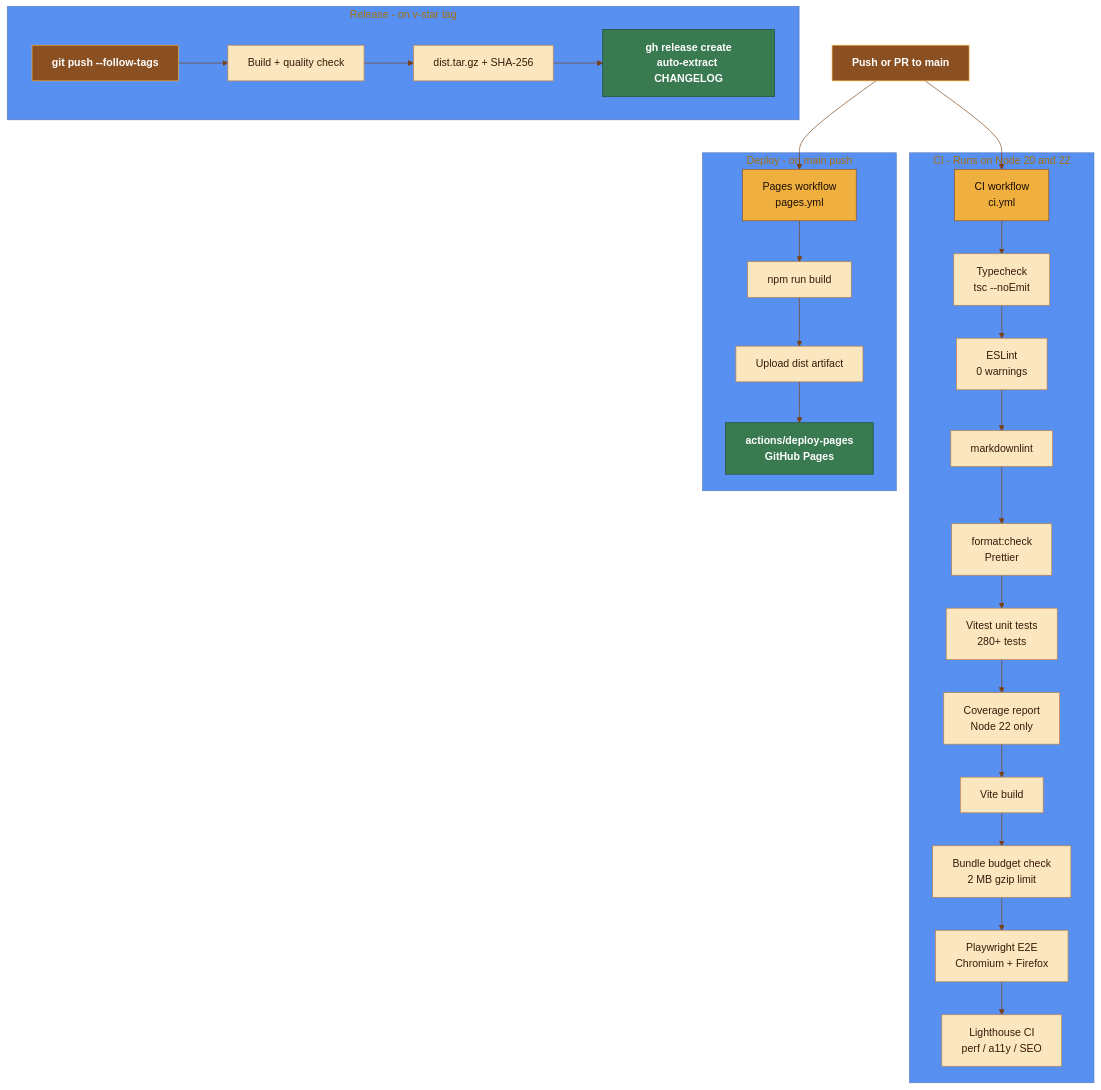
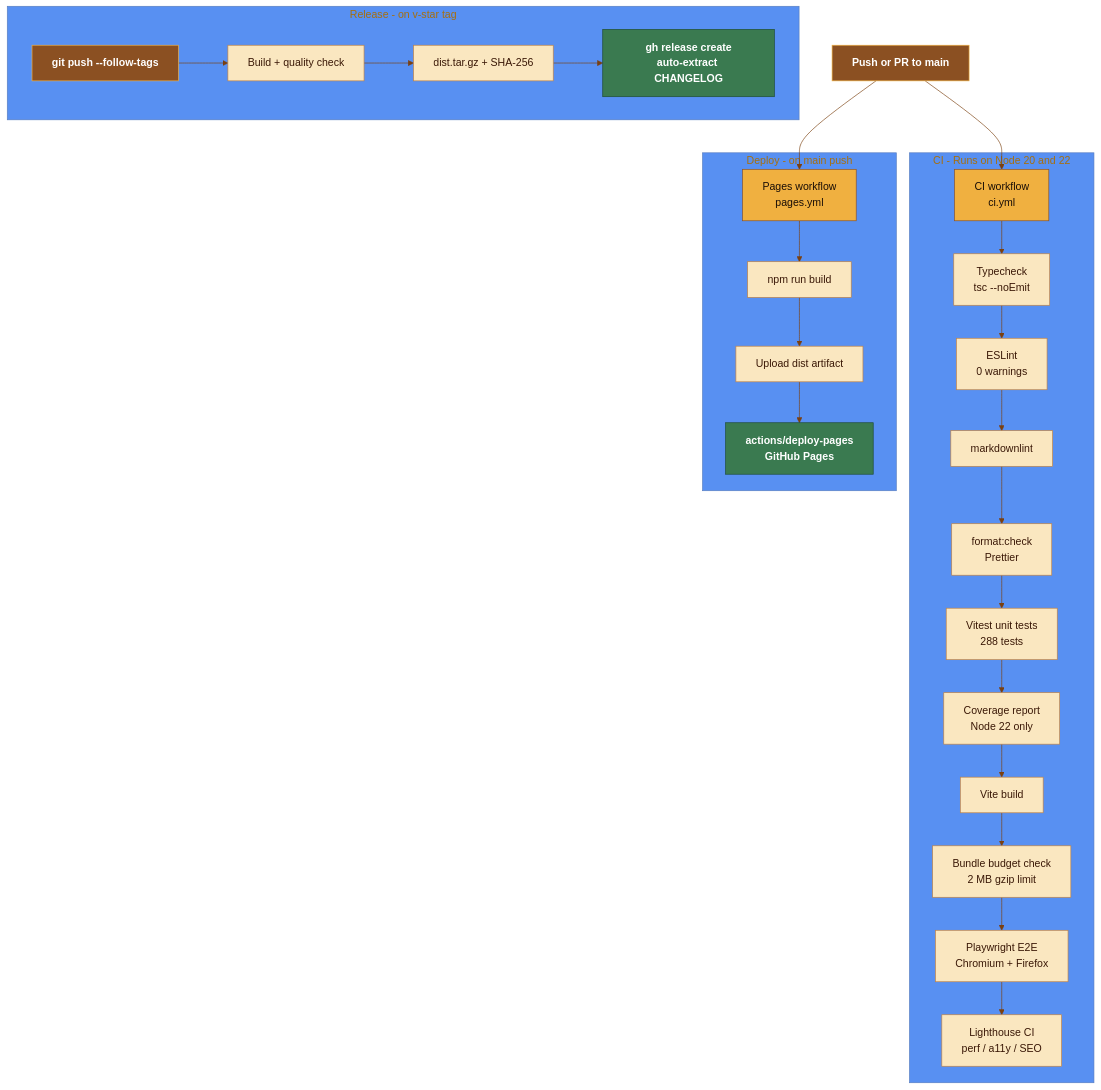
One commit to RajwanYair/WoodworkingShop changed the sixth of 9 diagrams in docs/ARCHITECTURE.md. Above: the diagram before and after it, drawn with Mermaid. The commit also changed other lines of this file and 2 other files, not shown here.

First line of the commit message:
docs: sync per-release data (banner v3.10.0, 288 tests, Vitest 3, fix overlap)

````diff
--- a/docs/ARCHITECTURE.md
+++ b/docs/ARCHITECTURE.md
@@ -302,38 +304,38 @@
 ```mermaid
 %%{init: {'theme': 'base', 'themeVariables': {'primaryColor': '#f0b040', 'primaryTextColor': '#1a0e06', 'primaryBorderColor': '#8b5022', 'lineColor': '#7a4010', 'edgeLabelBackground': '#fef7ed'}}}%%
 graph TD
   push["Push or PR to main"] --> ci["CI workflow\nci.yml"]
   push --> pages["Pages workflow\npages.yml"]
 
   subgraph CI [CI - Runs on Node 20 and 22]
     ci --> tc["Typecheck\ntsc --noEmit"]
     tc --> lint["ESLint\n0 warnings"]
     lint --> mdlint["markdownlint"]
     mdlint --> fmt["format:check\nPrettier"]
-    fmt --> test["Vitest unit tests\n280+ tests"]
+    fmt --> test["Vitest unit tests\n288 tests"]
     test --> cov["Coverage report\nNode 22 only"]
     cov --> build["Vite build"]
     build --> bcheck["Bundle budget check\n2 MB gzip limit"]
     bcheck --> e2e["Playwright E2E\nChromium + Firefox"]
     e2e --> lhci["Lighthouse CI\nperf / a11y / SEO"]
   end
 
   subgraph Deploy [Deploy - on main push]
     pages --> dbuild["npm run build"]
     dbuild --> upload["Upload dist artifact"]
     upload --> ghpages["actions/deploy-pages\nGitHub Pages"]
   end
 
   subgraph Release [Release - on v-star tag]
     tag["git push --follow-tags"] --> rbuild["Build + quality check"]
     rbuild --> archive["dist.tar.gz + SHA-256"]
     archive --> ghrelease["gh release create\nauto-extract CHANGELOG"]
   end
 
   classDef trigger fill:#8b5022,stroke:#f0b040,color:#fff,font-weight:bold
   classDef step fill:#fae7c0,stroke:#c08040,color:#3a1806
   classDef gate fill:#3a7a50,stroke:#1e4a30,color:#fff,font-weight:bold
   class push,tag trigger
   class ghpages,ghrelease gate
   class tc,lint,mdlint,fmt,test,cov,build,bcheck,e2e,lhci,dbuild,upload,rbuild,archive step
 ```
````
